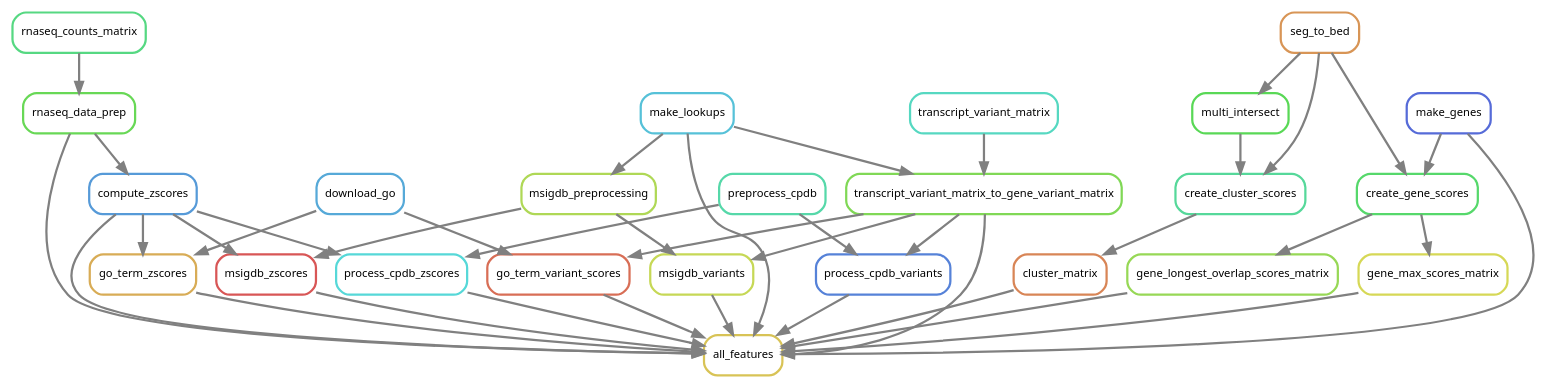
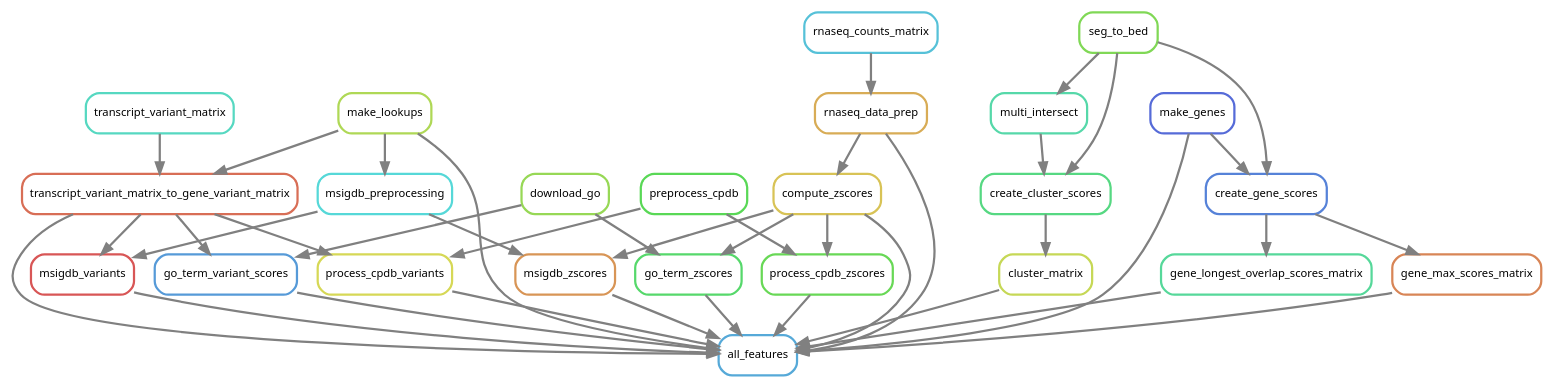
The diagram in doc/source/images/all.dot (NCBI-Hackathons/Pharmacogenomics_Prediction_Pipeline_P3), drawn with Graphviz before and after one commit. The commit also changed 29 other files, not shown here.

```diff
--- a/doc/source/images/all.dot
+++ b/doc/source/images/all.dot
@@ -1,68 +1,68 @@
 digraph snakemake_dag {
     graph[bgcolor=white, margin=0];
     node[shape=box, style=rounded, fontname=sans,                 fontsize=10, penwidth=2];
     edge[penwidth=2, color=grey];
-	0[label = "rnaseq_data_prep", color = "0.31 0.6 0.85", style="rounded"];
-	1[label = "msigdb_zscores", color = "0.00 0.6 0.85", style="rounded"];
-	2[label = "go_term_variant_scores", color = "0.03 0.6 0.85", style="rounded"];
-	3[label = "cluster_matrix", color = "0.06 0.6 0.85", style="rounded"];
-	4[label = "create_gene_scores", color = "0.36 0.6 0.85", style="rounded"];
-	5[label = "multi_intersect", color = "0.33 0.6 0.85", style="rounded"];
-	6[label = "rnaseq_counts_matrix", color = "0.39 0.6 0.85", style="rounded"];
-	7[label = "create_cluster_scores", color = "0.42 0.6 0.85", style="rounded"];
-	8[label = "msigdb_variants", color = "0.19 0.6 0.85", style="rounded"];
-	9[label = "gene_longest_overlap_scores_matrix", color = "0.25 0.6 0.85", style="rounded"];
-	10[label = "go_term_zscores", color = "0.11 0.6 0.85", style="rounded"];
-	11[label = "all_features", color = "0.14 0.6 0.85", style="rounded"];
-	12[label = "transcript_variant_matrix", color = "0.47 0.6 0.85", style="rounded"];
-	13[label = "gene_max_scores_matrix", color = "0.17 0.6 0.85", style="rounded"];
-	14[label = "process_cpdb_zscores", color = "0.50 0.6 0.85", style="rounded"];
-	15[label = "msigdb_preprocessing", color = "0.22 0.6 0.85", style="rounded"];
-	16[label = "preprocess_cpdb", color = "0.44 0.6 0.85", style="rounded"];
-	17[label = "make_lookups", color = "0.53 0.6 0.85", style="rounded"];
-	18[label = "download_go", color = "0.56 0.6 0.85", style="rounded"];
-	19[label = "seg_to_bed", color = "0.08 0.6 0.85", style="rounded"];
-	20[label = "transcript_variant_matrix_to_gene_variant_matrix", color = "0.28 0.6 0.85", style="rounded"];
-	21[label = "compute_zscores", color = "0.58 0.6 0.85", style="rounded"];
-	22[label = "process_cpdb_variants", color = "0.61 0.6 0.85", style="rounded"];
-	23[label = "make_genes", color = "0.64 0.6 0.85", style="rounded"];
-	6 -> 0
-	15 -> 1
-	21 -> 1
-	18 -> 2
-	20 -> 2
-	7 -> 3
-	19 -> 4
-	23 -> 4
-	19 -> 5
-	19 -> 7
-	5 -> 7
-	15 -> 8
-	20 -> 8
-	4 -> 9
-	18 -> 10
-	21 -> 10
-	0 -> 11
-	13 -> 11
-	14 -> 11
-	1 -> 11
-	2 -> 11
-	3 -> 11
-	8 -> 11
-	17 -> 11
-	9 -> 11
-	10 -> 11
-	20 -> 11
-	21 -> 11
-	22 -> 11
-	23 -> 11
-	4 -> 13
-	16 -> 14
+	0[label = "msigdb_variants", color = "0.00 0.6 0.85", style="rounded"];
+	1[label = "transcript_variant_matrix_to_gene_variant_matrix", color = "0.03 0.6 0.85", style="rounded"];
+	2[label = "preprocess_cpdb", color = "0.33 0.6 0.85", style="rounded"];
+	3[label = "go_term_zscores", color = "0.36 0.6 0.85", style="rounded"];
+	4[label = "msigdb_zscores", color = "0.08 0.6 0.85", style="rounded"];
+	5[label = "compute_zscores", color = "0.14 0.6 0.85", style="rounded"];
+	6[label = "create_cluster_scores", color = "0.39 0.6 0.85", style="rounded"];
+	7[label = "process_cpdb_variants", color = "0.17 0.6 0.85", style="rounded"];
+	8[label = "gene_longest_overlap_scores_matrix", color = "0.42 0.6 0.85", style="rounded"];
+	9[label = "multi_intersect", color = "0.44 0.6 0.85", style="rounded"];
+	10[label = "cluster_matrix", color = "0.19 0.6 0.85", style="rounded"];
+	11[label = "transcript_variant_matrix", color = "0.47 0.6 0.85", style="rounded"];
+	12[label = "rnaseq_data_prep", color = "0.11 0.6 0.85", style="rounded"];
+	13[label = "make_genes", color = "0.64 0.6 0.85", style="rounded"];
+	14[label = "gene_max_scores_matrix", color = "0.06 0.6 0.85", style="rounded"];
+	15[label = "download_go", color = "0.25 0.6 0.85", style="rounded"];
+	16[label = "make_lookups", color = "0.22 0.6 0.85", style="rounded"];
+	17[label = "msigdb_preprocessing", color = "0.50 0.6 0.85", style="rounded"];
+	18[label = "rnaseq_counts_matrix", color = "0.53 0.6 0.85", style="rounded"];
+	19[label = "all_features", color = "0.56 0.6 0.85", style="rounded"];
+	20[label = "go_term_variant_scores", color = "0.58 0.6 0.85", style="rounded"];
+	21[label = "create_gene_scores", color = "0.61 0.6 0.85", style="rounded"];
+	22[label = "seg_to_bed", color = "0.28 0.6 0.85", style="rounded"];
+	23[label = "process_cpdb_zscores", color = "0.31 0.6 0.85", style="rounded"];
+	17 -> 0
+	1 -> 0
+	11 -> 1
+	16 -> 1
+	5 -> 3
+	15 -> 3
+	17 -> 4
+	5 -> 4
+	12 -> 5
+	22 -> 6
+	9 -> 6
+	1 -> 7
+	2 -> 7
+	21 -> 8
+	22 -> 9
+	6 -> 10
+	18 -> 12
 	21 -> 14
-	17 -> 15
-	12 -> 20
-	17 -> 20
-	0 -> 21
-	20 -> 22
-	16 -> 22
+	16 -> 17
+	0 -> 19
+	1 -> 19
+	3 -> 19
+	14 -> 19
+	4 -> 19
+	12 -> 19
+	5 -> 19
+	7 -> 19
+	20 -> 19
+	8 -> 19
+	13 -> 19
+	16 -> 19
+	23 -> 19
+	10 -> 19
+	1 -> 20
+	15 -> 20
+	22 -> 21
+	13 -> 21
+	5 -> 23
+	2 -> 23
 }            
```
